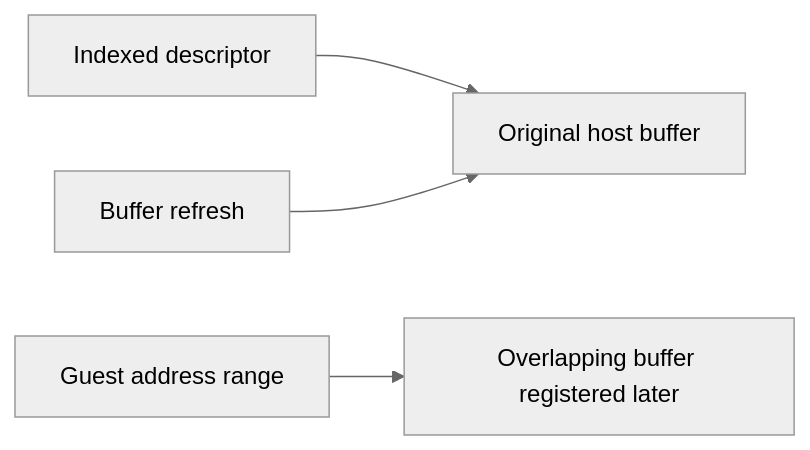
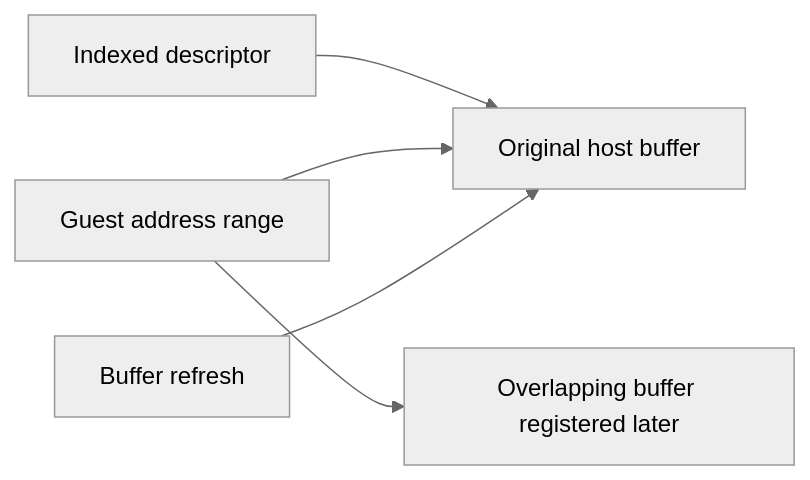
The diagram in README.md (fur6i/victory-buffer-sync), drawn with Mermaid (neutral theme) before and after one commit. The commit also changed other lines of this file, not shown here.

````diff
--- a/README.md
+++ b/README.md
@@ -25,6 +22,7 @@
 ```mermaid
 flowchart LR
     Slot["Indexed descriptor"] --> Bound["Original host buffer"]
-    Range["Guest address range"] --> Later["Overlapping buffer registered later"]
+    Range["Guest address range"] --> Bound
+    Range --> Later["Overlapping buffer registered later"]
     Upload["Buffer refresh"] --> Bound
 ```
````
